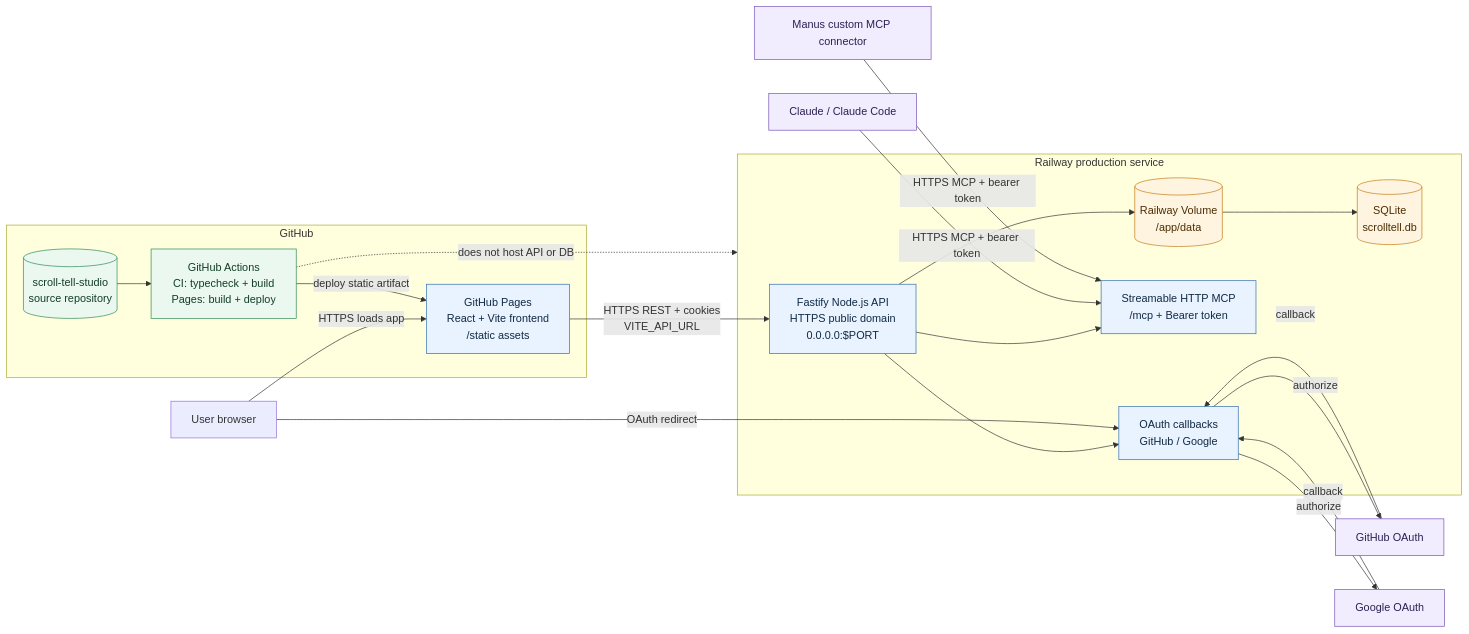
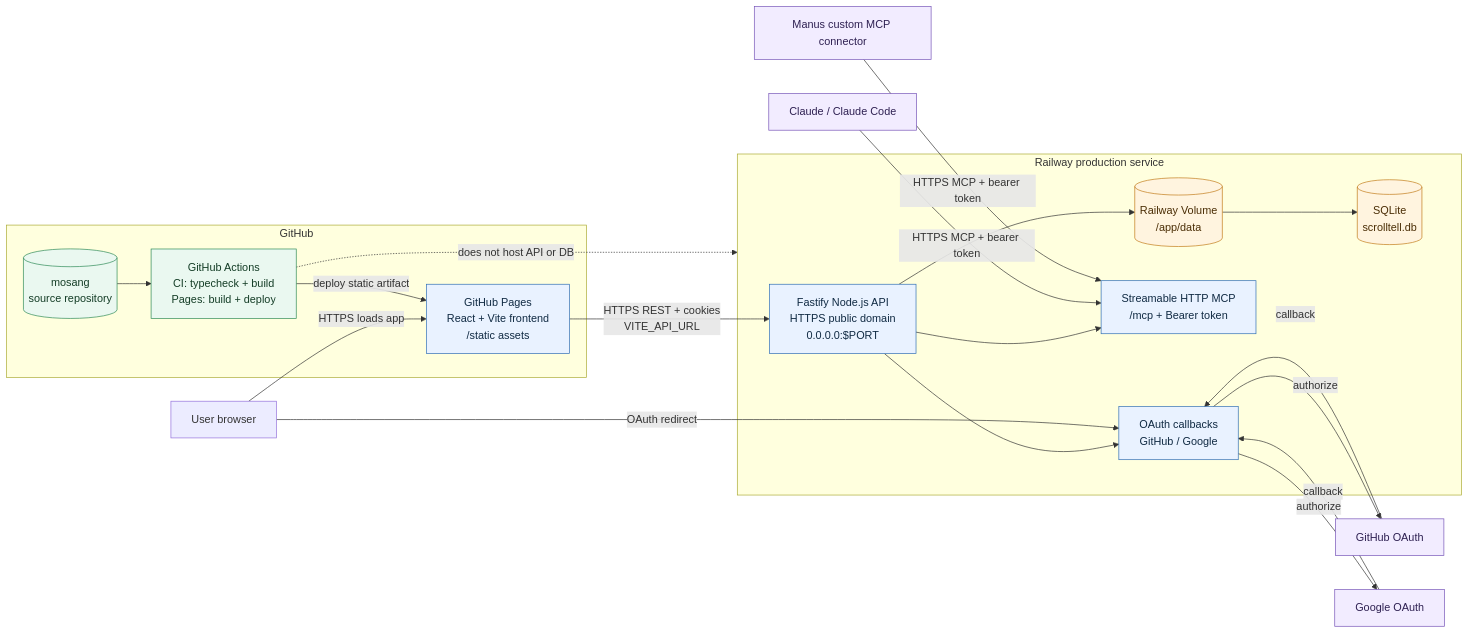
Before and after one commit to Tselseya/scroll-tell-studio: the diagram in docs/architecture/github-pages-railway-architecture.mmd, drawn with Mermaid. The commit also changed 23 other files, not shown here.

```diff
--- a/docs/architecture/github-pages-railway-architecture.mmd
+++ b/docs/architecture/github-pages-railway-architecture.mmd
@@ -1,47 +1,47 @@
 flowchart LR
     Browser[User browser]
 
     subgraph GitHub[GitHub]
         Pages[GitHub Pages\nReact + Vite frontend\n/static assets]
         Actions[GitHub Actions\nCI: typecheck + build\nPages: build + deploy]
-        Repo[(scroll-tell-studio\nsource repository)]
+        Repo[(mosang\nsource repository)]
     end
 
     subgraph Railway[Railway production service]
         API[Fastify Node.js API\nHTTPS public domain\n0.0.0.0:$PORT]
         OAuth[OAuth callbacks\nGitHub / Google]
         MCP[Streamable HTTP MCP\n/mcp + Bearer token]
         Volume[(Railway Volume\n/app/data)]
         SQLite[(SQLite\nscrolltell.db)]
         API --> OAuth
         API --> MCP
         API --> Volume
         Volume --> SQLite
     end
 
     GitHubOAuth[GitHub OAuth]
     GoogleOAuth[Google OAuth]
     Claude[Claude / Claude Code]
     Manus[Manus custom MCP connector]
 
     Browser -->|HTTPS loads app| Pages
     Pages -->|HTTPS REST + cookies\nVITE_API_URL| API
     Browser -->|OAuth redirect| OAuth
     OAuth -->|authorize| GitHubOAuth
     OAuth -->|authorize| GoogleOAuth
     GitHubOAuth -->|callback| OAuth
     GoogleOAuth -->|callback| OAuth
     Claude -->|HTTPS MCP + bearer token| MCP
     Manus -->|HTTPS MCP + bearer token| MCP
     Repo --> Actions
     Actions -->|deploy static artifact| Pages
     Actions -.->|does not host API or DB| Railway
 
     classDef public fill:#e9f2ff,stroke:#2e6db4,color:#102a43
     classDef service fill:#eaf8f0,stroke:#2d8a56,color:#143d26
     classDef storage fill:#fff4df,stroke:#c27b18,color:#4a2d05
     classDef external fill:#f2ecff,stroke:#7654b7,color:#2e2052
     class Pages,API,MCP,OAuth public
     class Actions,Repo service
     class Volume,SQLite storage
     class GitHubOAuth,GoogleOAuth,Claude,Manus external
```
